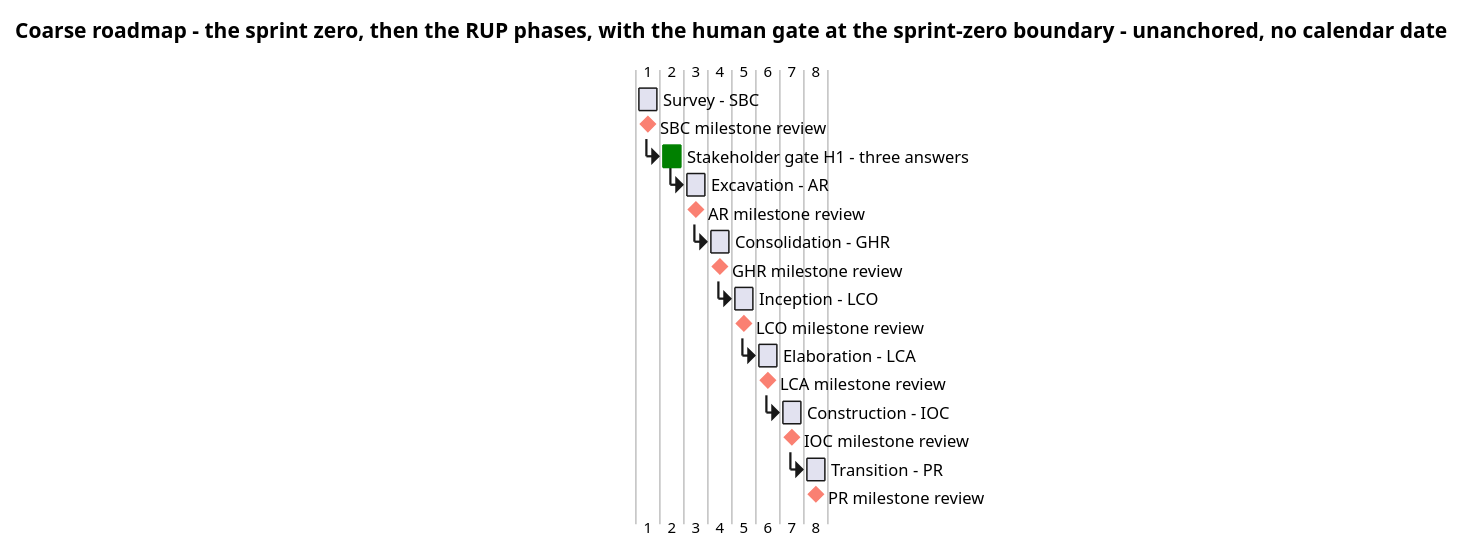
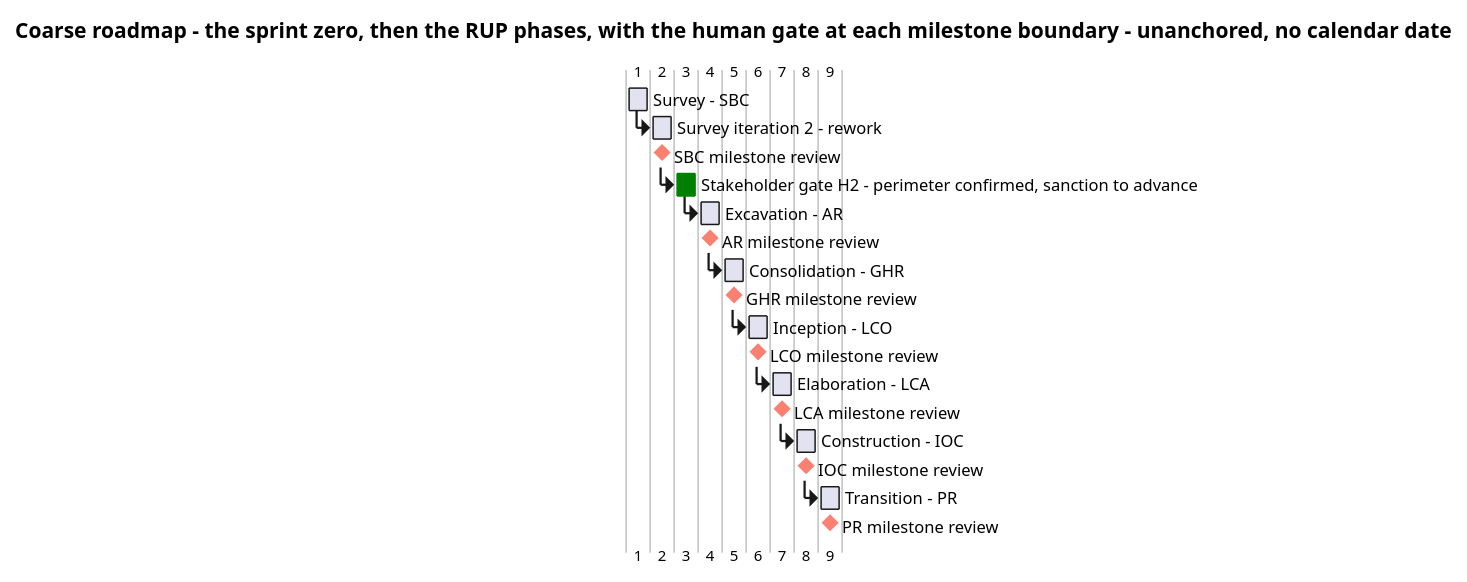
The diagram in docs/artifacts/project-management/iteration-plan.md (banense-test/TodoApp), drawn with PlantUML before and after one commit. The commit also changed other lines of this file, not shown here.

First line of the commit message:
Project Manager [Survey1]: upsert Iteration Plan

````diff
--- a/docs/artifacts/project-management/iteration-plan.md
+++ b/docs/artifacts/project-management/iteration-plan.md
@@ -26,36 +22,38 @@
 ```plantuml
 @startgantt
-title Coarse roadmap - the sprint zero, then the RUP phases, with the human gate at the sprint-zero boundary - unanchored, no calendar date
+title Coarse roadmap - the sprint zero, then the RUP phases, with the human gate at each milestone boundary - unanchored, no calendar date
 
 [Survey - SBC] lasts 1 day
-[SBC milestone review] happens at [Survey - SBC]'s end
+[Survey iteration 2 - rework] lasts 1 day
+[Survey iteration 2 - rework] starts at [Survey - SBC]'s end
+[SBC milestone review] happens at [Survey iteration 2 - rework]'s end
 [SBC milestone review] is colored in Salmon
-[Stakeholder gate H1 - three answers] lasts 1 day
-[Stakeholder gate H1 - three answers] starts at [SBC milestone review]'s end
-[Stakeholder gate H1 - three answers] is colored in Green
+[Stakeholder gate H2 - perimeter confirmed, sanction to advance] lasts 1 day
+[Stakeholder gate H2 - perimeter confirmed, sanction to advance] starts at [SBC milestone review]'s end
+[Stakeholder gate H2 - perimeter confirmed, sanction to advance] is colored in Green
 [Excavation - AR] lasts 1 day
-[Excavation - AR] starts at [Stakeholder gate H1 - three answers]'s end
+[Excavation - AR] starts at [Stakeholder gate H2 - perimeter confirmed, sanction to advance]'s end
 [AR milestone review] happens at [Excavation - AR]'s end
 [AR milestone review] is colored in Salmon
 [Consolidation - GHR] lasts 1 day
 [Consolidation - GHR] starts at [AR milestone review]'s end
 [GHR milestone review] happens at [Consolidation - GHR]'s end
 [GHR milestone review] is colored in Salmon
 [Inception - LCO] lasts 1 day
 [Inception - LCO] starts at [GHR milestone review]'s end
 [LCO milestone review] happens at [Inception - LCO]'s end
 [LCO milestone review] is colored in Salmon
 [Elaboration - LCA] lasts 1 day
 [Elaboration - LCA] starts at [LCO milestone review]'s end
 [LCA milestone review] happens at [Elaboration - LCA]'s end
 [LCA milestone review] is colored in Salmon
 [Construction - IOC] lasts 1 day
 [Construction - IOC] starts at [LCA milestone review]'s end
 [IOC milestone review] happens at [Construction - IOC]'s end
 [IOC milestone review] is colored in Salmon
 [Transition - PR] lasts 1 day
 [Transition - PR] starts at [IOC milestone review]'s end
 [PR milestone review] happens at [Transition - PR]'s end
 [PR milestone review] is colored in Salmon
 @endgantt
 ```
````
